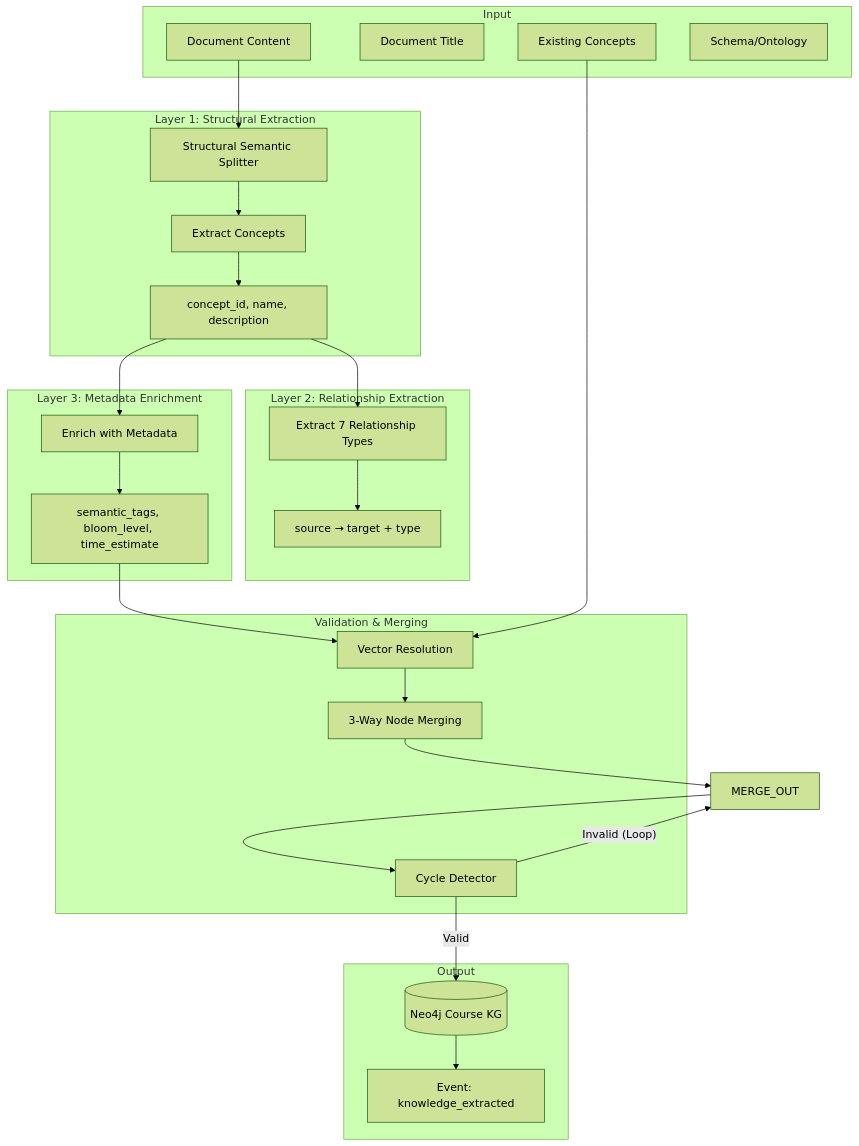
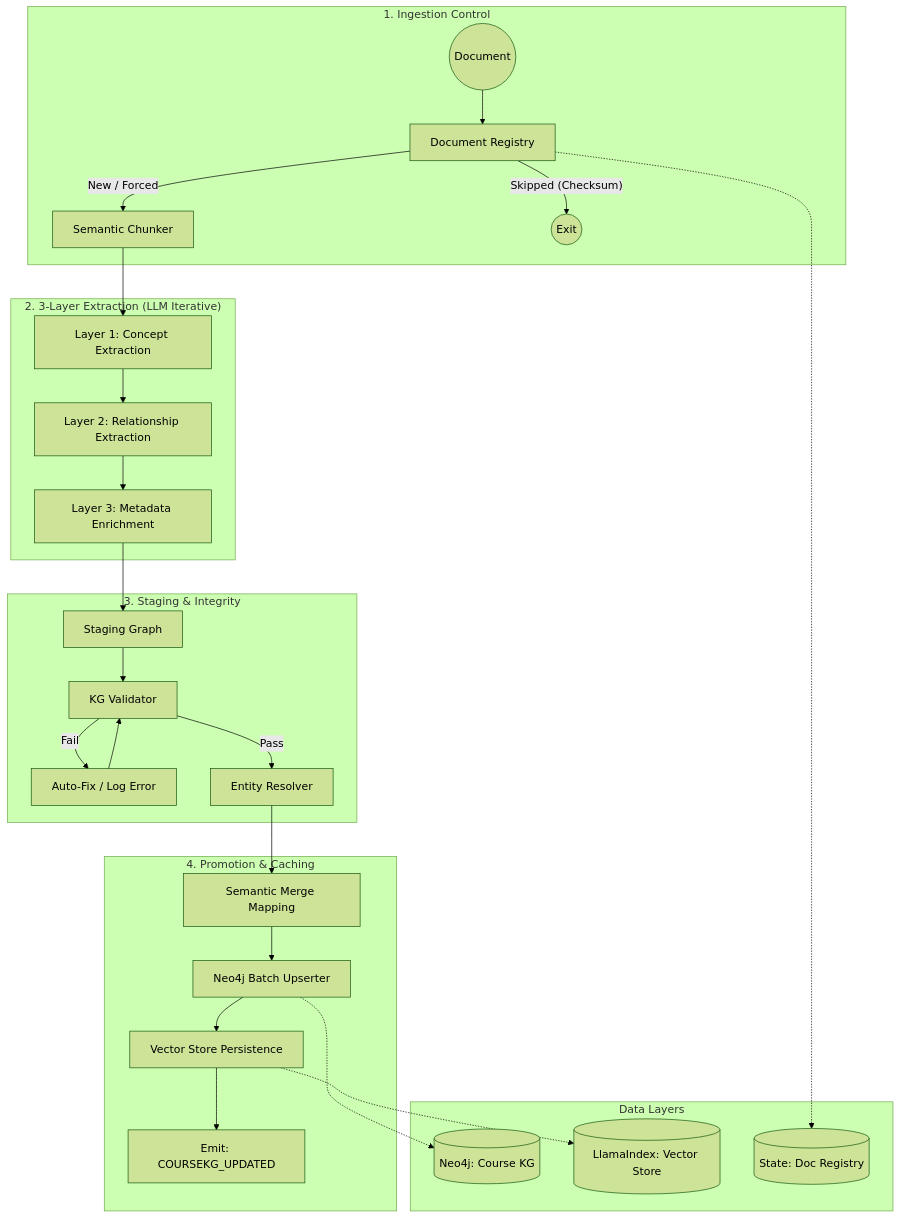
Before and after one commit to MinhAn15/Agentic-Personalized-LearningPath: the diagram in docs/AGENT_1_KNOWLEDGE_EXTRACTION.md, drawn with Mermaid (forest theme). The commit also changed other lines of this file and 8 other files, not shown here.

````diff
--- a/docs/AGENT_1_KNOWLEDGE_EXTRACTION.md
+++ b/docs/AGENT_1_KNOWLEDGE_EXTRACTION.md
@@ -12,44 +12,39 @@
 ```mermaid
-flowchart TD
-    subgraph Input
-        DOC[Document Content]
-        TITLE[Document Title]
-        EXIST[Existing Concepts]
-        ONTOLOGY[Schema/Ontology]
+graph TD
+    subgraph "1. Ingestion Control"
+        START((Document)) --> REG[Document Registry]
+        REG -- "New / Forced" --> CHUNK[Semantic Chunker]
+        REG -- "Skipped (Checksum)" --> END((Exit))
     end
 
-    subgraph "Layer 1: Structural Extraction"
-        SPLIT[Structural Semantic Splitter]
-        L1[Extract Concepts]
-        L1_OUT[concept_id, name, description]
+    subgraph "2. 3-Layer Extraction (LLM Iterative)"
+        CHUNK --> L1[Layer 1: Concept Extraction]
+        L1 --> L2[Layer 2: Relationship Extraction]
+        L2 --> L3[Layer 3: Metadata Enrichment]
     end
 
-    subgraph "Layer 2: Relationship Extraction"
-        L2[Extract 7 Relationship Types]
-        L2_OUT[source → target + type]
+    subgraph "3. Staging & Integrity"
+        L3 --> STAGE[Staging Graph]
+        STAGE --> VAL[KG Validator]
+        VAL -- Fail --> FIX[Auto-Fix / Log Error]
+        FIX --> VAL
+        VAL -- Pass --> RESOLVE[Entity Resolver]
     end
 
-    subgraph "Layer 3: Metadata Enrichment"
-        L3[Enrich with Metadata]
-        L3_OUT[semantic_tags, bloom_level, time_estimate]
+    subgraph "4. Promotion & Caching"
+        RESOLVE --> MERGE[Semantic Merge Mapping]
+        MERGE --> BATCH[Neo4j Batch Upserter]
+        BATCH --> VECTOR[Vector Store Persistence]
+        VECTOR --> EVENT[Emit: COURSEKG_UPDATED]
     end
 
-    subgraph "Validation & Merging"
-        VECTOR[Vector Resolution]
-        MERGE[3-Way Node Merging]
-        CYCLE[Cycle Detector]
+    subgraph "Data Layers"
+        NEO[(Neo4j: Course KG)]
+        VEC[(LlamaIndex: Vector Store)]
+        DB[(State: Doc Registry)]
     end
 
-    subgraph Output
-        NEO4J[(Neo4j Course KG)]
-        EVENT[Event: knowledge_extracted]
-    end
-
-    DOC --> SPLIT --> L1 --> L1_OUT --> L2 --> L2_OUT
-    L1_OUT --> L3 --> L3_OUT --> VECTOR
-    EXIST --> VECTOR --> MERGE
-    MERGE --> MERGE_OUT --> CYCLE
-    CYCLE -- Valid --> NEO4J
-    CYCLE -- Invalid (Loop) --> MERGE_OUT
-    NEO4J --> EVENT
+    REG -.-> DB
+    BATCH -.-> NEO
+    VECTOR -.-> VEC
 ```
````
